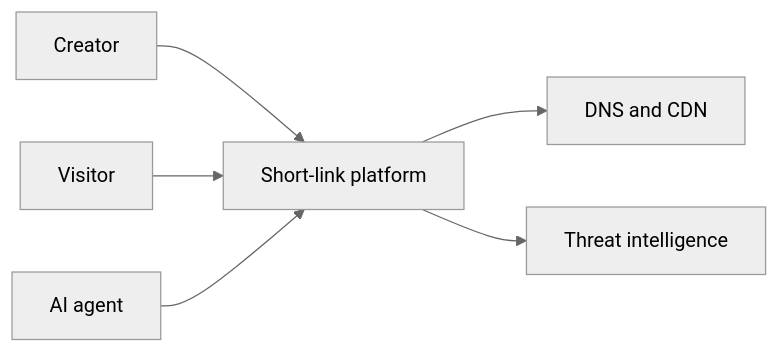
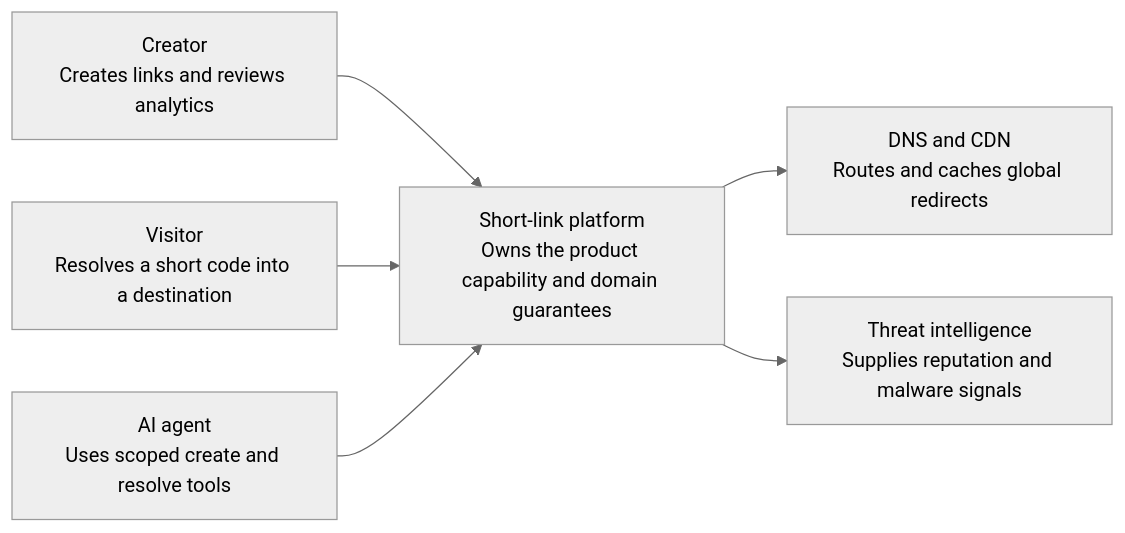
The first of 5 diagrams in content/system-design/02-ai-native-url-shortener.md (navaidya/learning), drawn with Mermaid (neutral theme) before and after one commit. The commit also changed other lines of this file and 49 other files, not shown here.

````diff
--- a/content/system-design/02-ai-native-url-shortener.md
+++ b/content/system-design/02-ai-native-url-shortener.md
@@ -34,10 +53,11 @@
 ```mermaid
 flowchart LR
-  accTitle: URL shortener system context
-  accDescr: Creators, visitors, and AI agents use a short-link platform backed by DNS, CDN, and threat intelligence.
-  Creator --> Links[Short-link platform]
-  Visitor --> Links
-  Agent[AI agent] --> Links
-  Links --> DNS[DNS and CDN]
-  Links --> Threats[Threat intelligence]
+  accTitle: Short-link platform system context
+  accDescr: Human and system actors use Short-link platform, which integrates with explicitly bounded external capabilities.
+  A1["Creator<br/>Creates links and reviews analytics"] --> System
+  A2["Visitor<br/>Resolves a short code into a destination"] --> System
+  A3["AI agent<br/>Uses scoped create and resolve tools"] --> System
+  System["Short-link platform<br/>Owns the product capability and domain guarantees"]
+  System --> E1["DNS and CDN<br/>Routes and caches global redirects"]
+  System --> E2["Threat intelligence<br/>Supplies reputation and malware signals"]
 ```
````
